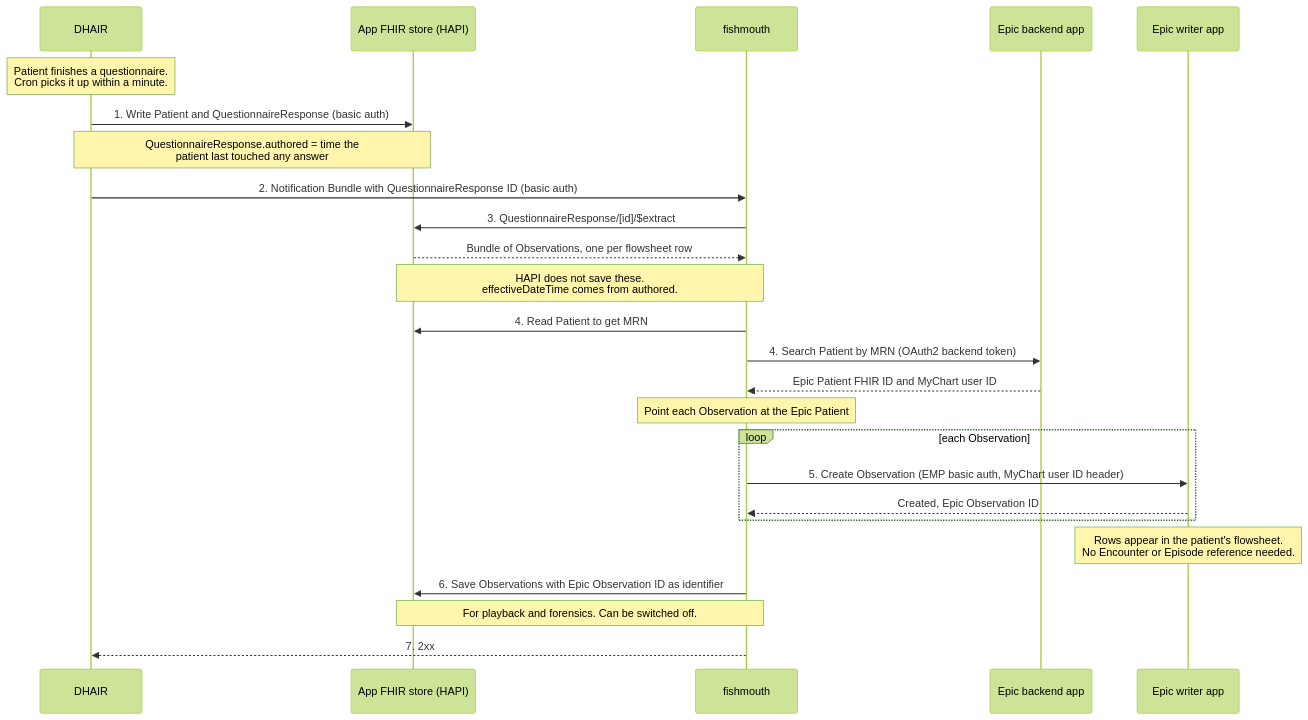
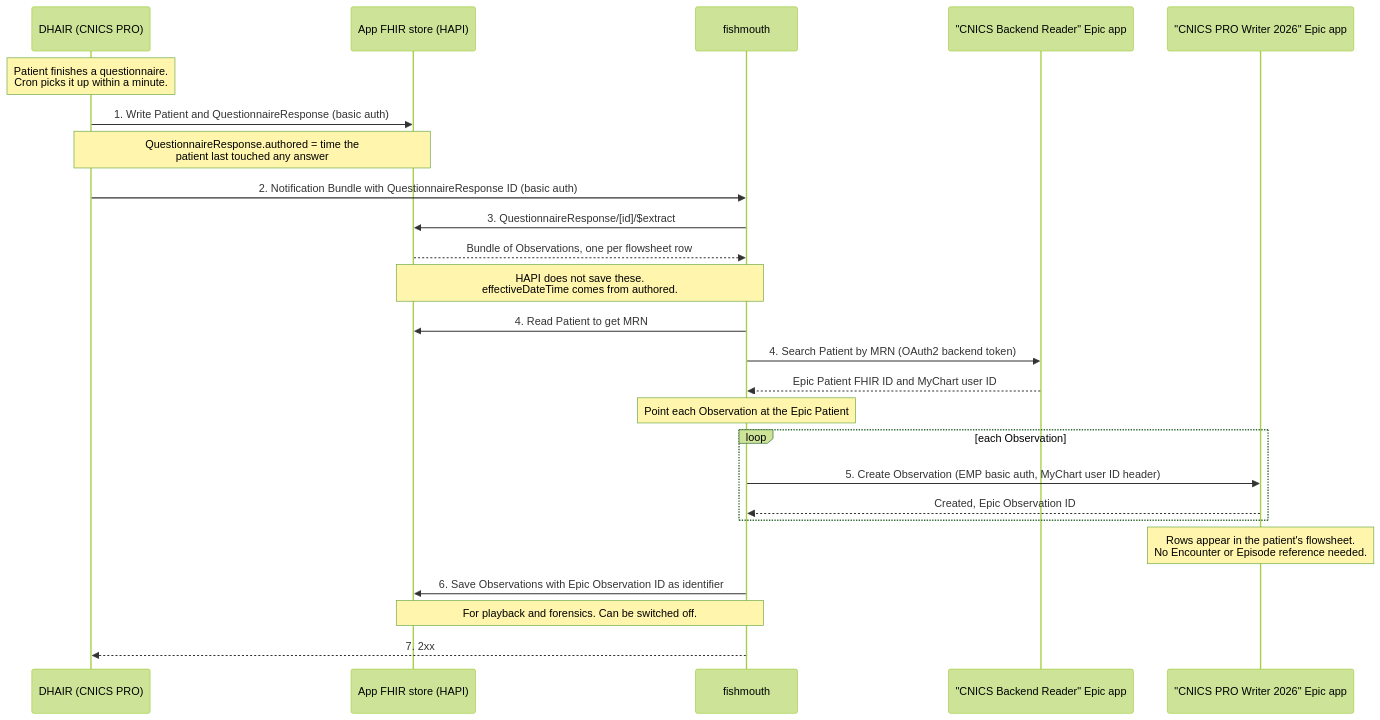
Before and after one commit to uwcirg/embedhw-environments: the second of 3 diagrams in docs/epic-write-flow.md, drawn with Mermaid (forest theme). The commit also changed other lines of this file, not shown here.

Commit message:
Some manual edits to Claude's first version.

````diff
--- a/docs/epic-write-flow.md
+++ b/docs/epic-write-flow.md
@@ -62,36 +60,36 @@
 ```mermaid
 sequenceDiagram
-    participant D as DHAIR
+    participant D as DHAIR (CNICS PRO)
     participant H as App FHIR store (HAPI)
     participant F as fishmouth
-    participant B as Epic backend app
-    participant W as Epic writer app
+    participant B as "CNICS Backend Reader" Epic app
+    participant W as "CNICS PRO Writer 2026" Epic app
 
     Note over D: Patient finishes a questionnaire.<br/>Cron picks it up within a minute.
 
     D->>H: 1. Write Patient and QuestionnaireResponse (basic auth)
     Note over D,H: QuestionnaireResponse.authored = time the<br/>patient last touched any answer
 
     D->>F: 2. Notification Bundle with QuestionnaireResponse ID (basic auth)
 
     F->>H: 3. QuestionnaireResponse/[id]/$extract
     H-->>F: Bundle of Observations, one per flowsheet row
     Note over F,H: HAPI does not save these.<br/>effectiveDateTime comes from authored.
 
     F->>H: 4. Read Patient to get MRN
     F->>B: 4. Search Patient by MRN (OAuth2 backend token)
     B-->>F: Epic Patient FHIR ID and MyChart user ID
 
     Note over F: Point each Observation at the Epic Patient
 
     loop each Observation
         F->>W: 5. Create Observation (EMP basic auth, MyChart user ID header)
         W-->>F: Created, Epic Observation ID
     end
     Note over W: Rows appear in the patient's flowsheet.<br/>No Encounter or Episode reference needed.
 
     F->>H: 6. Save Observations with Epic Observation ID as identifier
     Note over F,H: For playback and forensics. Can be switched off.
 
     F-->>D: 7. 2xx
 ```
````
